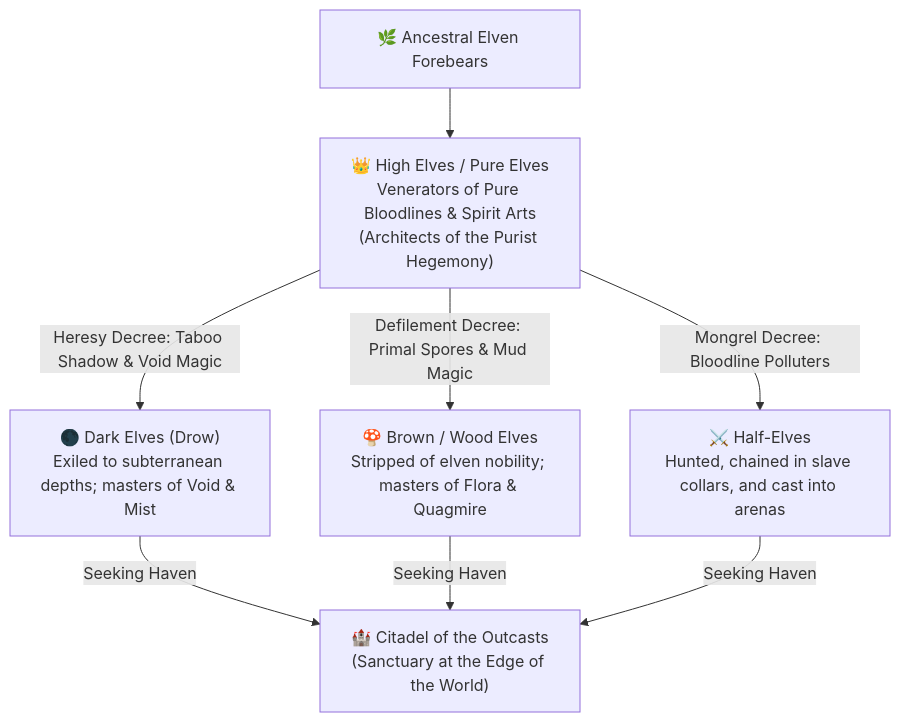
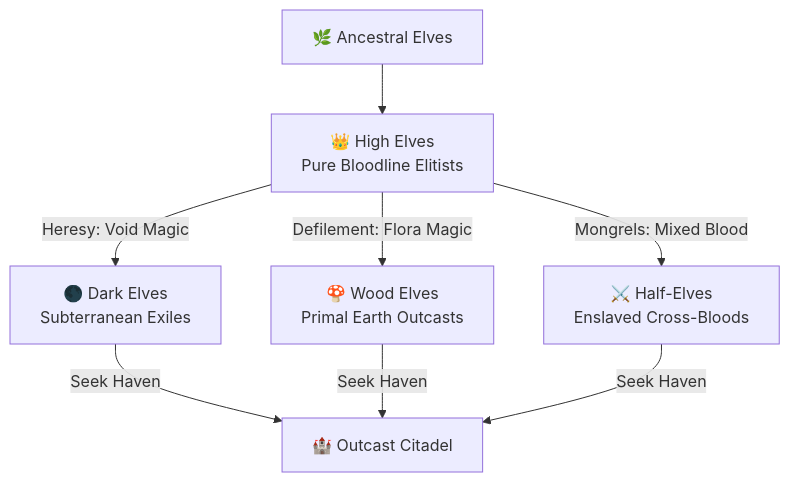
Before and after one commit to NealversePrime/ElementalHexTactics3D: the second of 5 diagrams in wiki/07-Broad-Races-and-Factions.md, drawn with Mermaid. The commit also changed other lines of this file and 2 other files, not shown here.

Commit message:
fix(wiki): optimize Mermaid diagram layouts to prevent text clipping on GitHub

````diff
--- a/wiki/07-Broad-Races-and-Factions.md
+++ b/wiki/07-Broad-Races-and-Factions.md
@@ -56,12 +61,12 @@
 ```mermaid
 flowchart TD
-    Ancestral["🌿 Ancestral Elven Forebears"] --> High["👑 High Elves / Pure Elves\nVenerators of Pure Bloodlines & Spirit Arts\n(Architects of the Purist Hegemony)"]
+    Ancestral["🌿 Ancestral Elves"] --> High["👑 High Elves<br/>Pure Bloodline Elitists"]
 
-    High -->|"Heresy Decree: Taboo Shadow & Void Magic"| Dark["🌑 Dark Elves (Drow)\nExiled to subterranean depths; masters of Void & Mist"]
-    High -->|"Defilement Decree: Primal Spores & Mud Magic"| Wood["🍄 Brown / Wood Elves\nStripped of elven nobility; masters of Flora & Quagmire"]
-    High -->|"Mongrel Decree: Bloodline Polluters"| Half["⚔️ Half-Elves\nHunted, chained in slave collars, and cast into arenas"]
+    High -->|"Heresy: Void Magic"| Dark["🌑 Dark Elves<br/>Subterranean Exiles"]
+    High -->|"Defilement: Flora Magic"| Wood["🍄 Wood Elves<br/>Primal Earth Outcasts"]
+    High -->|"Mongrels: Mixed Blood"| Half["⚔️ Half-Elves<br/>Enslaved Cross-Bloods"]
 
-    Dark -->|"Seeking Haven"| Citadel["🏰 Citadel of the Outcasts\n(Sanctuary at the Edge of the World)"]
-    Wood -->|"Seeking Haven"| Citadel
-    Half -->|"Seeking Haven"| Citadel
+    Dark -->|"Seek Haven"| Citadel["🏰 Outcast Citadel"]
+    Wood -->|"Seek Haven"| Citadel
+    Half -->|"Seek Haven"| Citadel
 ```
````
